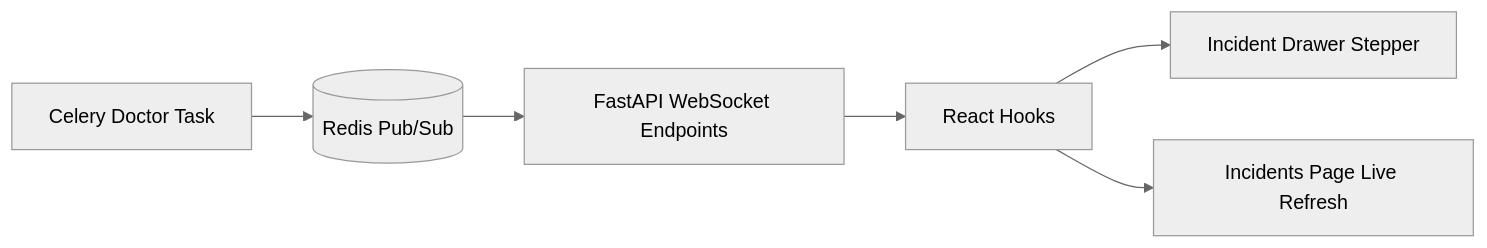
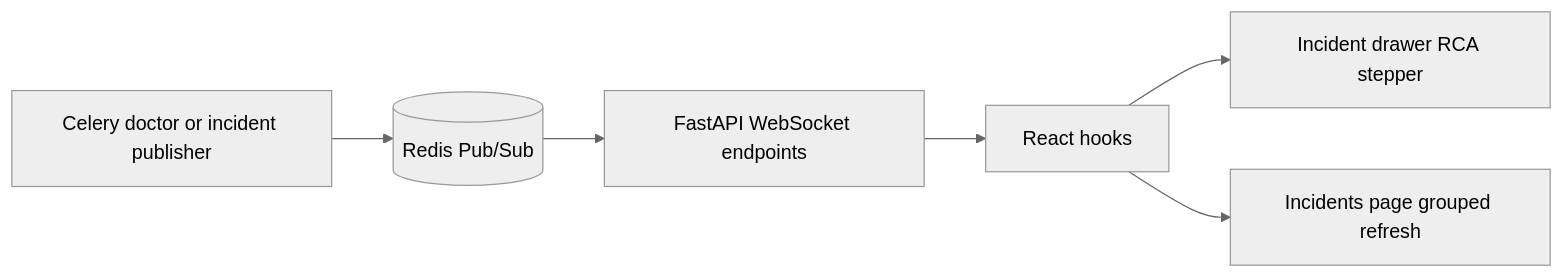
Before and after one commit to PipelineDoctorProject/pipeline-doctor: the diagram in docs/realtime_tracing.md, drawn with Mermaid (neutral theme). The commit also changed other lines of this file and 30 other files, not shown here.

````diff
--- a/docs/realtime_tracing.md
+++ b/docs/realtime_tracing.md
@@ -16,8 +12,8 @@
 ```mermaid
 flowchart LR
-    A[Celery Doctor Task] --> B[(Redis Pub/Sub)]
-    B --> C[FastAPI WebSocket Endpoints]
-    C --> D[React Hooks]
-    D --> E[Incident Drawer Stepper]
-    D --> F[Incidents Page Live Refresh]
+    A[Celery doctor or incident publisher] --> B[(Redis Pub/Sub)]
+    B --> C[FastAPI WebSocket endpoints]
+    C --> D[React hooks]
+    D --> E[Incident drawer RCA stepper]
+    D --> F[Incidents page grouped refresh]
 ```
````
